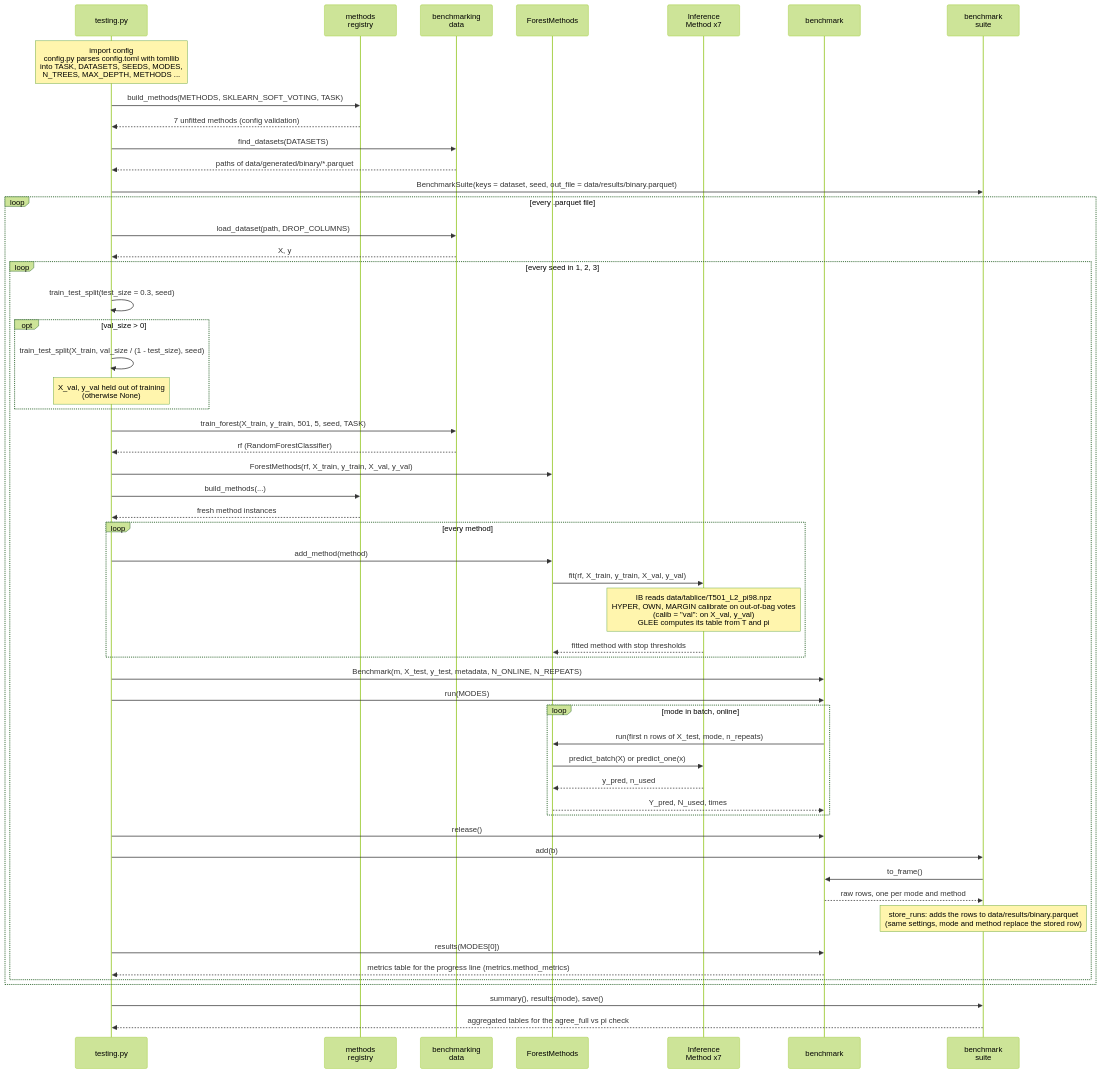
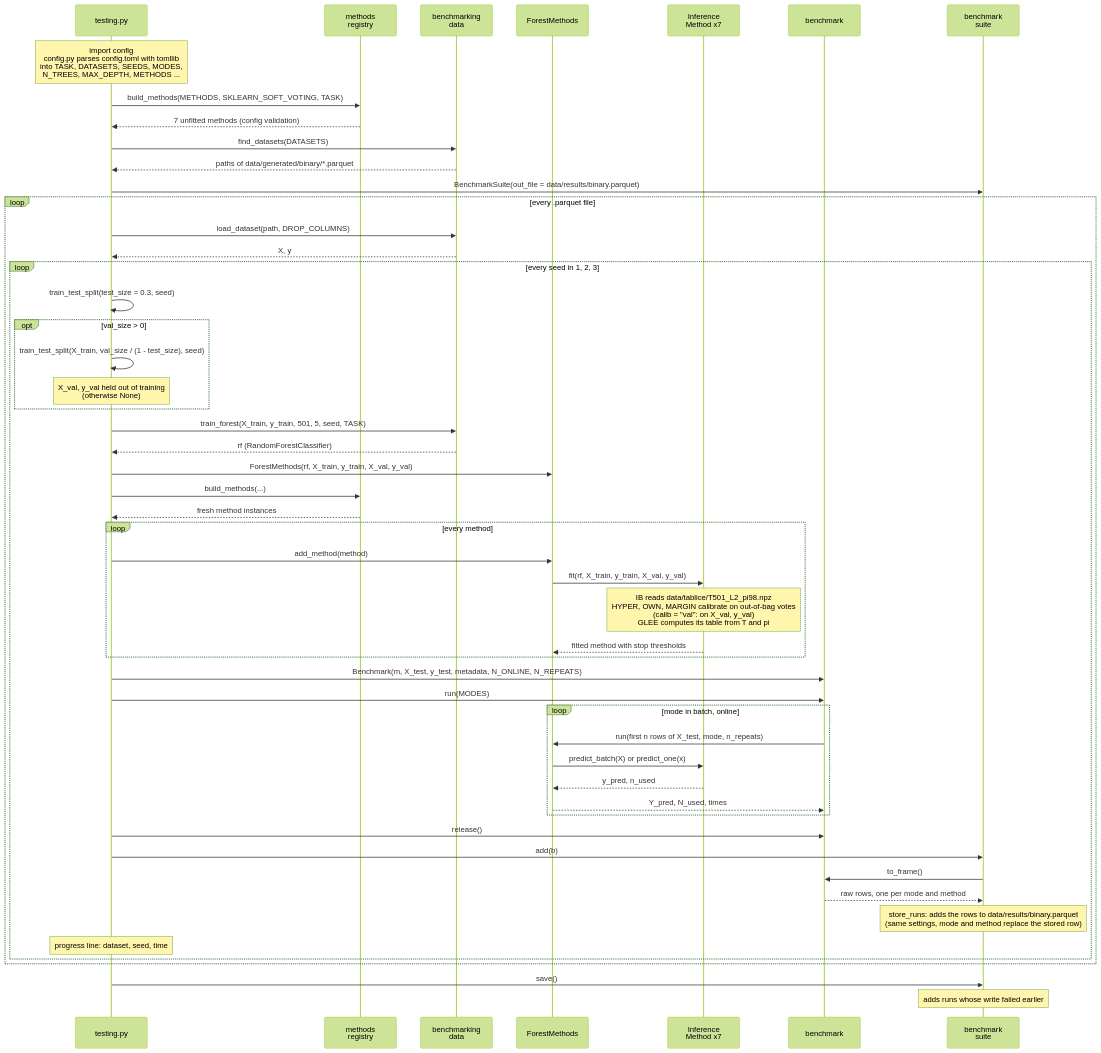
The first of 2 diagrams in data_flow.md (wojciech-baraniak05/quick_inference), drawn with Mermaid (forest theme) before and after one commit. The commit also changed other lines of this file and 12 other files, not shown here.

First line of the commit message:
refactor: move all metrics out of the benchmark into src/analysis

````diff
--- a/data_flow.md
+++ b/data_flow.md
@@ -9,58 +9,57 @@
 ```mermaid
 sequenceDiagram
   participant T as testing.py
   participant R as methods<br/>registry
   participant D as benchmarking<br/>data
   participant F as ForestMethods
   participant M as Inference<br/>Method x7
   participant B as benchmark
   participant S as benchmark<br/>suite
 
   Note over T: import config<br/>config.py parses config.toml with tomllib<br/>into TASK, DATASETS, SEEDS, MODES,<br/>N_TREES, MAX_DEPTH, METHODS ...
   T->>R: build_methods(METHODS, SKLEARN_SOFT_VOTING, TASK)
   R-->>T: 7 unfitted methods (config validation)
   T->>D: find_datasets(DATASETS)
   D-->>T: paths of data/generated/binary/*.parquet
-  T->>S: BenchmarkSuite(keys = dataset, seed, out_file = data/results/binary.parquet)
+  T->>S: BenchmarkSuite(out_file = data/results/binary.parquet)
 
   loop every .parquet file
     T->>D: load_dataset(path, DROP_COLUMNS)
     D-->>T: X, y
     loop every seed in 1, 2, 3
       T->>T: train_test_split(test_size = 0.3, seed)
       opt val_size > 0
         T->>T: train_test_split(X_train, val_size / (1 - test_size), seed)
         Note over T: X_val, y_val held out of training<br/>(otherwise None)
       end
       T->>D: train_forest(X_train, y_train, 501, 5, seed, TASK)
       D-->>T: rf (RandomForestClassifier)
       T->>F: ForestMethods(rf, X_train, y_train, X_val, y_val)
       T->>R: build_methods(...)
       R-->>T: fresh method instances
       loop every method
         T->>F: add_method(method)
         F->>M: fit(rf, X_train, y_train, X_val, y_val)
         Note over M: IB reads data/tablice/T501_L2_pi98.npz<br/>HYPER, OWN, MARGIN calibrate on out-of-bag votes<br/>(calib = "val": on X_val, y_val)<br/>GLEE computes its table from T and pi
         M-->>F: fitted method with stop thresholds
       end
       T->>B: Benchmark(m, X_test, y_test, metadata, N_ONLINE, N_REPEATS)
       T->>B: run(MODES)
       loop mode in batch, online
         B->>F: run(first n rows of X_test, mode, n_repeats)
         F->>M: predict_batch(X) or predict_one(x)
         M-->>F: y_pred, n_used
         F-->>B: Y_pred, N_used, times
       end
       T->>B: release()
       T->>S: add(b)
       S->>B: to_frame()
       B-->>S: raw rows, one per mode and method
       Note over S: store_runs: adds the rows to data/results/binary.parquet<br/>(same settings, mode and method replace the stored row)
-      T->>B: results(MODES[0])
-      B-->>T: metrics table for the progress line (metrics.method_metrics)
+      Note over T: progress line: dataset, seed, time
     end
   end
 
-  T->>S: summary(), results(mode), save()
-  S-->>T: aggregated tables for the agree_full vs pi check
+  T->>S: save()
+  Note over S: adds runs whose write failed earlier
 ```
````
